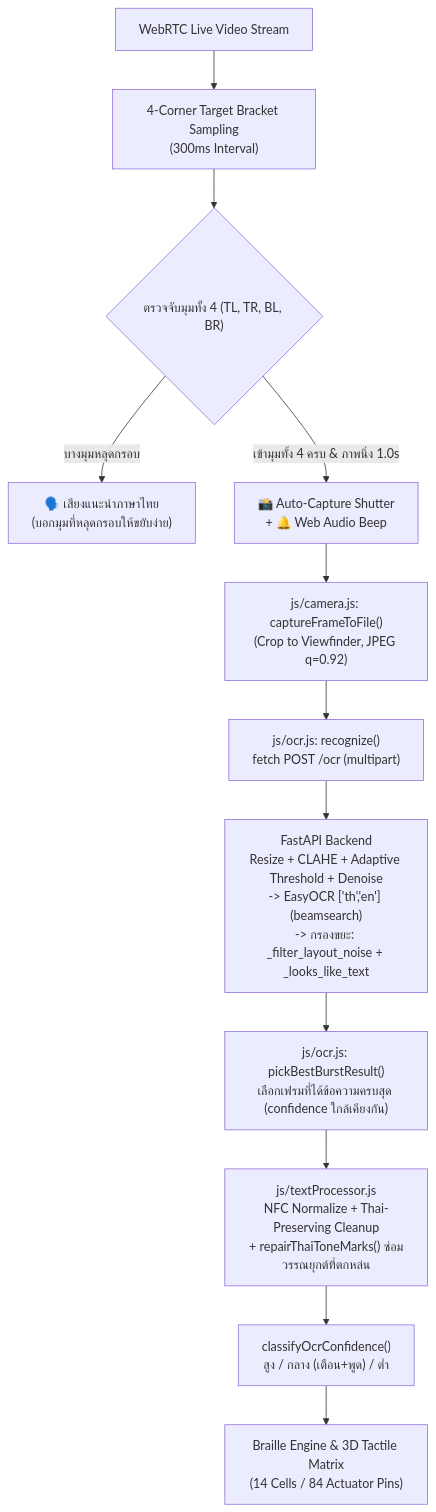
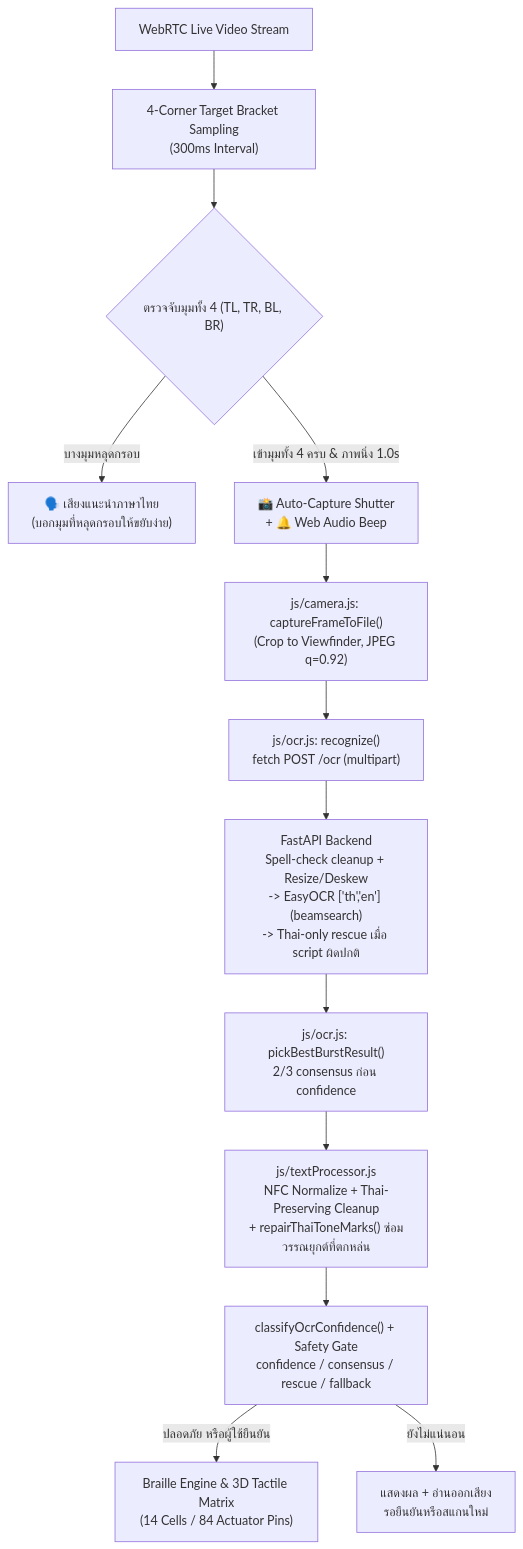
Before and after one commit to chokunkie/braillend: the first of 2 diagrams in README.md, drawn with Mermaid. The commit also changed other lines of this file and 8 other files, not shown here.

Commit message:
fix(ocr): harden mixed Thai-English recognition

````diff
--- a/README.md
+++ b/README.md
@@ -87,14 +88,15 @@
 ```mermaid
 graph TD
     LiveCam["WebRTC Live Video Stream"] --> Viewfinder["4-Corner Target Bracket Sampling\n(300ms Interval)"]
     Viewfinder --> CornerLock{"ตรวจจับมุมทั้ง 4 (TL, TR, BL, BR)"}
     CornerLock -- "บางมุมหลุดกรอบ" --> VoiceGuide["🗣️ เสียงแนะนำภาษาไทย\n(บอกมุมที่หลุดกรอบให้ขยับง่าย)"]
     CornerLock -- "เข้ามุมทั้ง 4 ครบ & ภาพนิ่ง 1.0s" --> AutoShutter["📸 Auto-Capture Shutter\n+ 🔔 Web Audio Beep"]
     AutoShutter --> Crop["js/camera.js: captureFrameToFile()\n(Crop to Viewfinder, JPEG q=0.92)"]
     Crop --> OcrModule["js/ocr.js: recognize()\nfetch POST /ocr (multipart)"]
-    OcrModule --> Backend["FastAPI Backend\nResize + CLAHE + Adaptive Threshold + Denoise\n-> EasyOCR ['th','en'] (beamsearch)\n-> กรองขยะ: _filter_layout_noise + _looks_like_text"]
-    Backend --> Burst["js/ocr.js: pickBestBurstResult()\nเลือกเฟรมที่ได้ข้อความครบสุด (confidence ใกล้เคียงกัน)"]
+    OcrModule --> Backend["FastAPI Backend\nSpell-check cleanup + Resize/Deskew\n-> EasyOCR ['th','en'] (beamsearch)\n-> Thai-only rescue เมื่อ script ผิดปกติ"]
+    Backend --> Burst["js/ocr.js: pickBestBurstResult()\n2/3 consensus ก่อน confidence"]
     Burst --> TextProc["js/textProcessor.js\nNFC Normalize + Thai-Preserving Cleanup\n+ repairThaiToneMarks() ซ่อมวรรณยุกต์ที่ตกหล่น"]
-    TextProc --> Conf["classifyOcrConfidence()\nสูง / กลาง (เตือน+พูด) / ต่ำ"]
-    Conf --> Braille["Braille Engine & 3D Tactile Matrix\n(14 Cells / 84 Actuator Pins)"]
+    TextProc --> Conf["classifyOcrConfidence() + Safety Gate\nconfidence / consensus / rescue / fallback"]
+    Conf -- "ปลอดภัย หรือผู้ใช้ยืนยัน" --> Braille["Braille Engine & 3D Tactile Matrix\n(14 Cells / 84 Actuator Pins)"]
+    Conf -- "ยังไม่แน่นอน" --> Review["แสดงผล + อ่านออกเสียง\nรอยืนยันหรือสแกนใหม่"]
 ```
````
